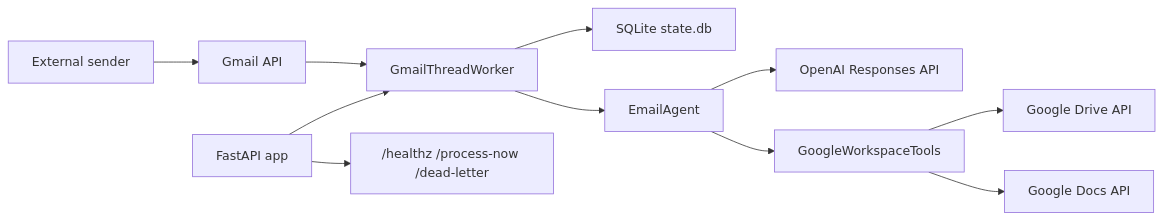
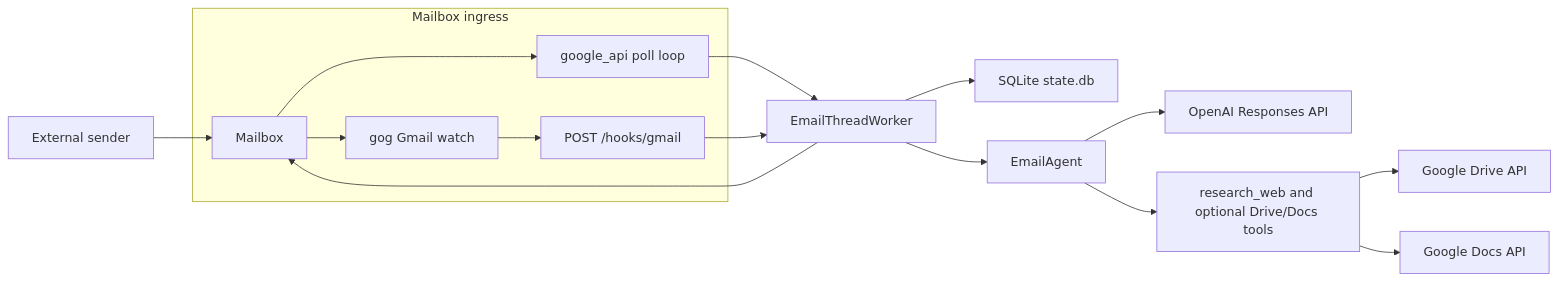
One commit to LunarMothStudios/Canna-Mailroom changed the first of 3 diagrams in docs/architecture.md. Above: the diagram before and after it, drawn with Mermaid. The commit also changed other lines of this file and 30 other files, not shown here.

````diff
--- a/docs/architecture.md
+++ b/docs/architecture.md
@@ -13,13 +20,20 @@
 ```mermaid
 flowchart LR
-    Sender["External sender"] --> Gmail["Gmail API"]
-    Gmail --> Worker["GmailThreadWorker"]
+    Sender["External sender"] --> Gmail["Mailbox"]
+
+    subgraph Ingress["Mailbox ingress"]
+        Gmail --> Poll["google_api poll loop"]
+        Gmail --> Watch["gog Gmail watch"]
+        Watch --> Hook["POST /hooks/gmail"]
+    end
+
+    Poll --> Worker["EmailThreadWorker"]
+    Hook --> Worker
     Worker --> State["SQLite state.db"]
     Worker --> Agent["EmailAgent"]
     Agent --> OpenAI["OpenAI Responses API"]
-    Agent --> Tools["GoogleWorkspaceTools"]
+    Agent --> Tools["research_web and optional Drive/Docs tools"]
     Tools --> Drive["Google Drive API"]
     Tools --> Docs["Google Docs API"]
-    API["FastAPI app"] --> Worker
-    API --> Ops["/healthz /process-now /dead-letter"]
+    Worker --> Gmail
 ```
````
